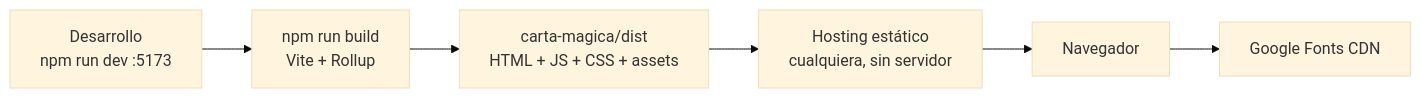
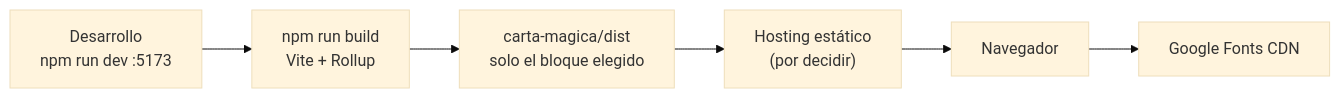
One commit to JHONZ-01/Proyect_love changed the third of 3 diagrams in docs/ARQUITECTURA.md. Above: the diagram before and after it, drawn with Mermaid (base theme). The commit also changed other lines of this file and 73 other files, not shown here.

````diff
--- a/docs/ARQUITECTURA.md
+++ b/docs/ARQUITECTURA.md
@@ -71,8 +111,8 @@
 ```mermaid
 flowchart LR
-    Dev[Desarrollo<br/>npm run dev :5173] --> Build[npm run build<br/>Vite + Rollup]
-    Build --> Dist[carta-magica/dist<br/>HTML + JS + CSS + assets]
-    Dist --> Host[Hosting estático<br/>cualquiera, sin servidor]
+    Dev["Desarrollo<br/>npm run dev :5173"] --> Build["npm run build<br/>Vite + Rollup"]
+    Build --> Dist["carta-magica/dist<br/>solo el bloque elegido"]
+    Dist --> Host["Hosting estático<br/>(por decidir)"]
     Host --> User[Navegador]
     User --> GF[Google Fonts CDN]
 ```
````
